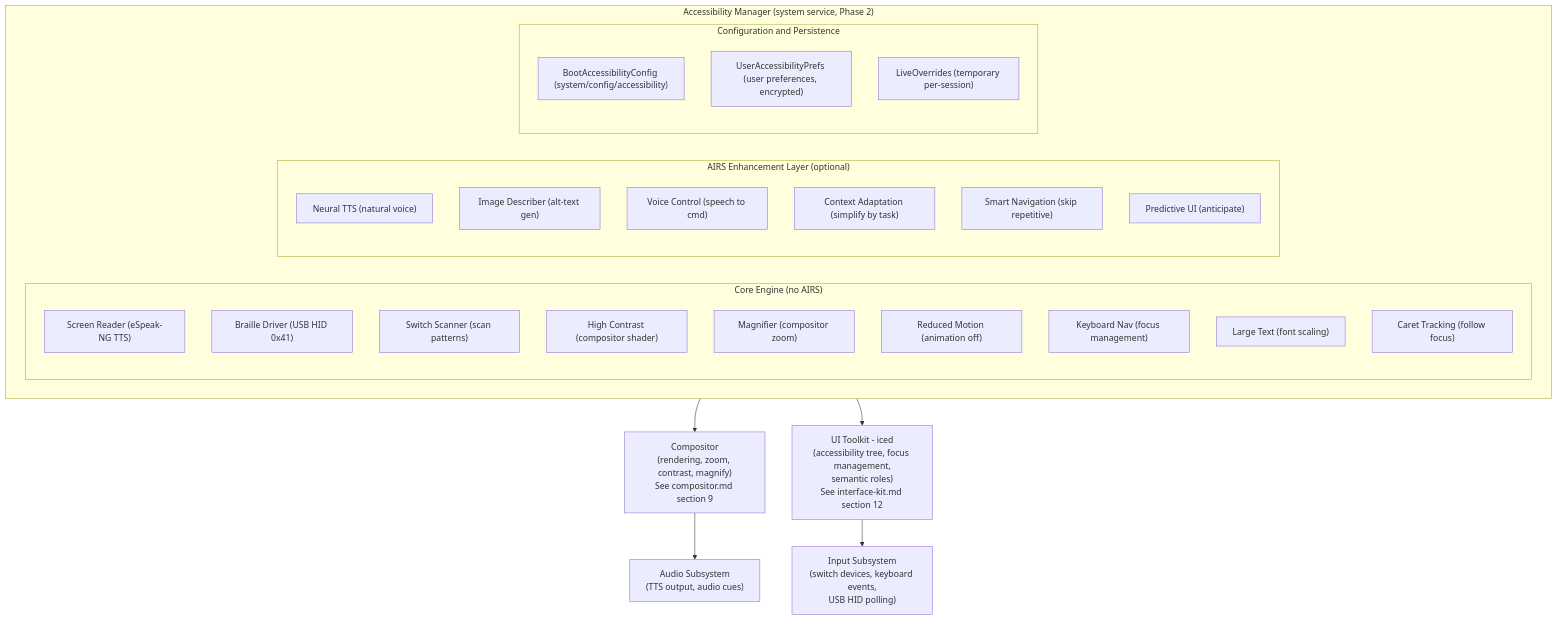
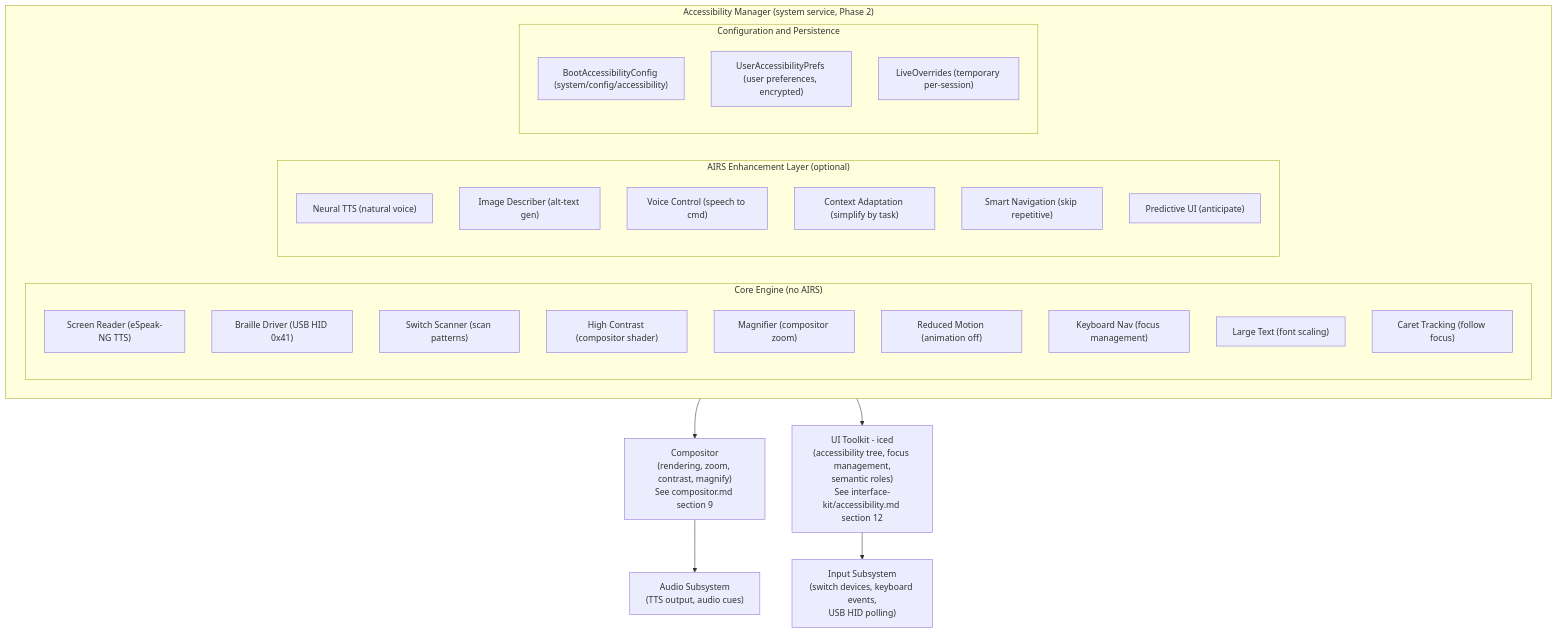
One commit to juslee/aios changed the first of 3 diagrams in docs/experience/accessibility.md. Above: the diagram before and after it, drawn with Mermaid. The commit also changed 6 other files, not shown here.

````diff
--- a/docs/experience/accessibility.md
+++ b/docs/experience/accessibility.md
@@ -55,44 +55,44 @@
 ```mermaid
 flowchart TD
     subgraph AM["Accessibility Manager (system service, Phase 2)"]
         subgraph CE["Core Engine (no AIRS)"]
             SR["Screen Reader (eSpeak-NG TTS)"]
             BD["Braille Driver (USB HID 0x41)"]
             SS["Switch Scanner (scan patterns)"]
             HC["High Contrast (compositor shader)"]
             MG["Magnifier (compositor zoom)"]
             RM["Reduced Motion (animation off)"]
             KN["Keyboard Nav (focus management)"]
             LT["Large Text (font scaling)"]
             CT["Caret Tracking (follow focus)"]
         end
 
         subgraph AE["AIRS Enhancement Layer (optional)"]
             NT["Neural TTS (natural voice)"]
             ID["Image Describer (alt-text gen)"]
             VC["Voice Control (speech to cmd)"]
             CA["Context Adaptation (simplify by task)"]
             SN["Smart Navigation (skip repetitive)"]
             PU["Predictive UI (anticipate)"]
         end
 
         subgraph CP["Configuration and Persistence"]
             BAC["BootAccessibilityConfig (system/config/accessibility)"]
             UAP["UserAccessibilityPrefs (user preferences, encrypted)"]
             LO["LiveOverrides (temporary per-session)"]
         end
     end
 
     AM --> Compositor["`Compositor
 (rendering, zoom, contrast, magnify)
 See compositor.md section 9`"]
     AM --> UIToolkit["`UI Toolkit - iced
 (accessibility tree, focus management,
 semantic roles)
-See interface-kit.md section 12`"]
+See interface-kit/accessibility.md section 12`"]
     Compositor --> Audio["`Audio Subsystem
 (TTS output, audio cues)`"]
     UIToolkit --> Input["`Input Subsystem
 (switch devices, keyboard events,
 USB HID polling)`"]
 ```
````
